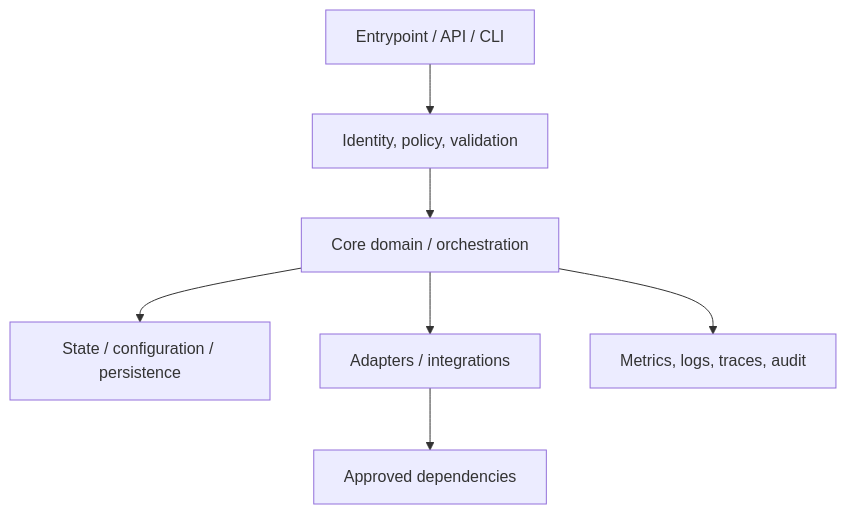
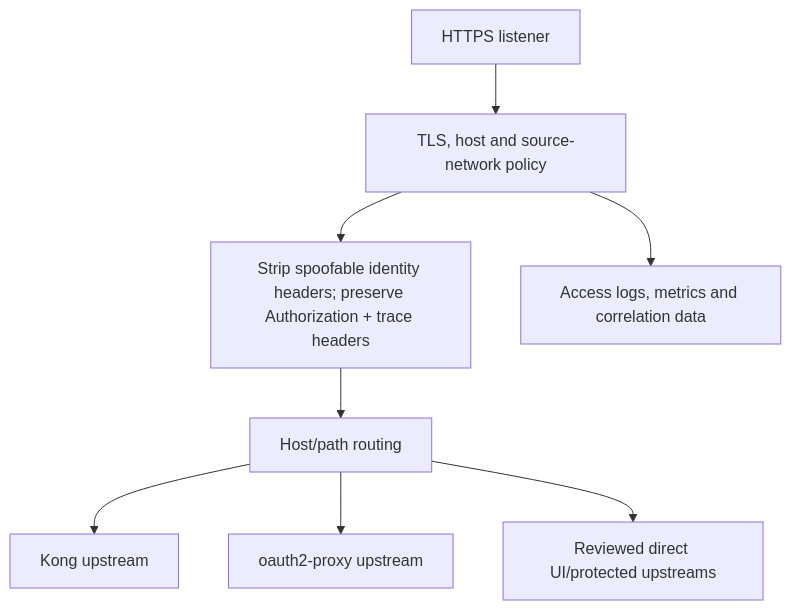
The second of 5 diagrams in docs/ARCHITECTURE-CHARTS.md (appolon1908/Caddy), drawn with Mermaid before and after one commit. The commit also changed other lines of this file, not shown here.

Commit message:
docs: align Caddy charts with edge authority

````diff
--- a/docs/ARCHITECTURE-CHARTS.md
+++ b/docs/ARCHITECTURE-CHARTS.md
@@ -17,9 +19,10 @@
 ```mermaid
 flowchart TB
- I["Entrypoint / API / CLI"] --> P["Identity, policy, validation"]
- P --> C["Core domain / orchestration"]
- C --> S["State / configuration / persistence"]
- C --> A["Adapters / integrations"]
- A --> X["Approved dependencies"]
- C --> O["Metrics, logs, traces, audit"]
+ I["HTTPS listener"] --> TLS["TLS, host and source-network policy"]
+ TLS --> HDR["Strip spoofable identity headers; preserve Authorization + trace headers"]
+ HDR --> ROUTE["Host/path routing"]
+ ROUTE --> K["Kong upstream"]
+ ROUTE --> O["oauth2-proxy upstream"]
+ ROUTE --> U["Reviewed direct UI/protected upstreams"]
+ TLS --> OBS["Access logs, metrics and correlation data"]
 ```
````
